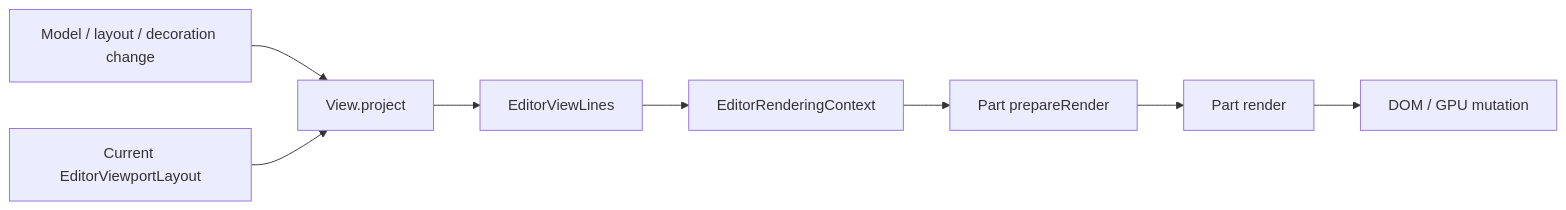
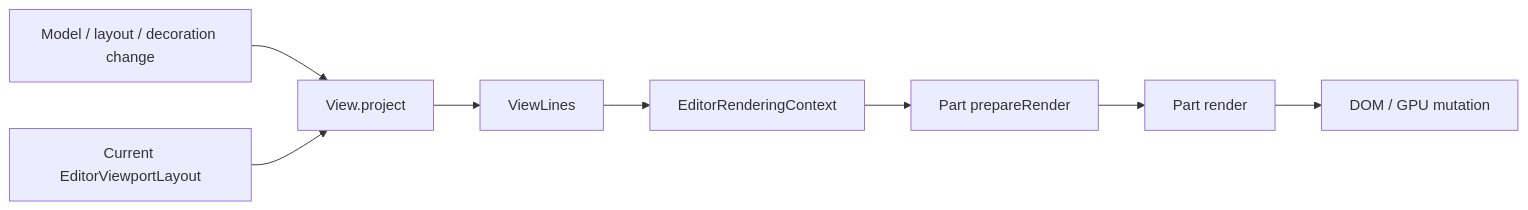
One commit to chogng/zeta changed the second of 2 diagrams in zeta-ts/src/zeta/editor/text-engine.md. Above: the diagram before and after it, drawn with Mermaid. The commit also changed other lines of this file and 349 other files, not shown here.

````diff
--- a/zeta-ts/src/zeta/editor/text-engine.md
+++ b/zeta-ts/src/zeta/editor/text-engine.md
@@ -101,10 +101,10 @@
 ```mermaid
 flowchart LR
     Change[Model / layout / decoration change] --> Project[View.project]
     Layout[Current EditorViewportLayout] --> Project
-    Project --> Lines[EditorViewLines]
+    Project --> Lines[ViewLines]
     Lines --> Context[EditorRenderingContext]
     Context --> Prepare[Part prepareRender]
     Prepare --> Parts[Part render]
     Parts --> DOM[DOM / GPU mutation]
 ```
````
